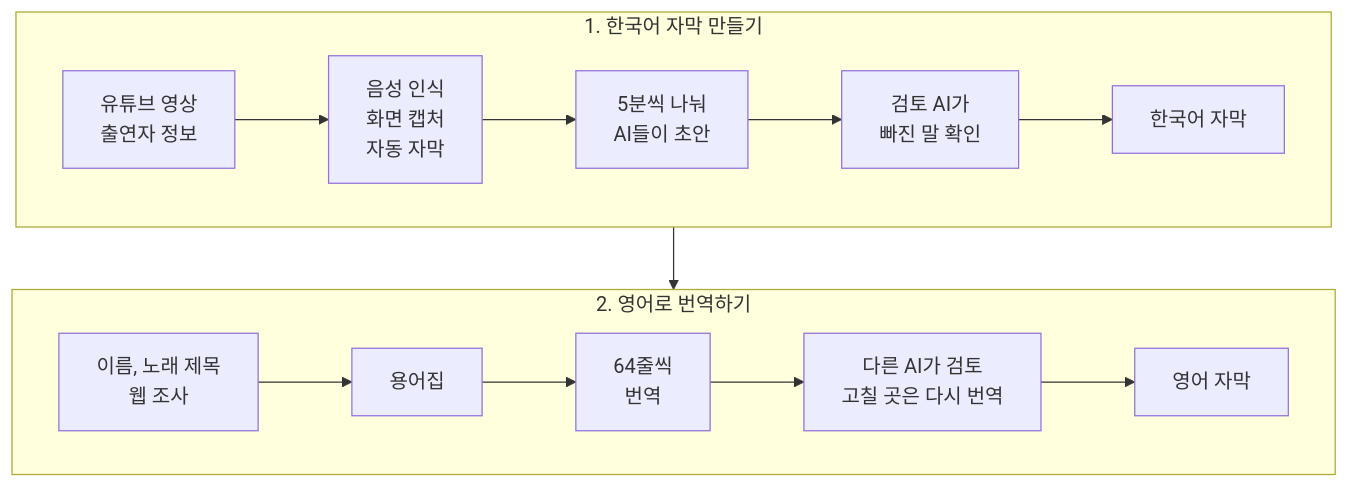
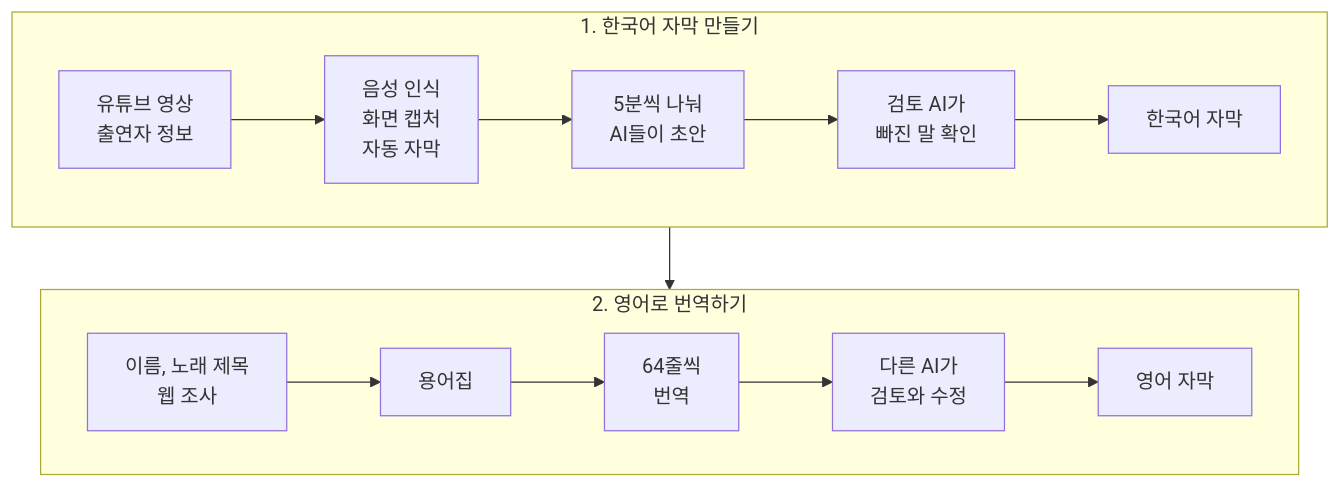
One commit to iamwoosunglee-boop/korean-english-subtitle-ai changed the diagram in README.md. Above: the diagram before and after it, drawn with Mermaid.

Commit message:
README: 도식 문구 정리

````diff
--- a/README.md
+++ b/README.md
@@ -7,12 +7,12 @@
 ```mermaid
 flowchart TD
     subgraph KO["1. 한국어 자막 만들기"]
         direction LR
         A["유튜브 영상<br/>출연자 정보"] --> B["음성 인식<br/>화면 캡처<br/>자동 자막"] --> C["5분씩 나눠<br/>AI들이 초안"] --> D["검토 AI가<br/>빠진 말 확인"] --> E["한국어 자막"]
     end
     subgraph EN["2. 영어로 번역하기"]
         direction LR
-        F["이름, 노래 제목<br/>웹 조사"] --> G["용어집"] --> H["64줄씩<br/>번역"] --> I["다른 AI가 검토<br/>고칠 곳은 다시 번역"] --> J["영어 자막"]
+        F["이름, 노래 제목<br/>웹 조사"] --> G["용어집"] --> H["64줄씩<br/>번역"] --> I["다른 AI가<br/>검토와 수정"] --> J["영어 자막"]
     end
     KO --> EN
 ```
````
